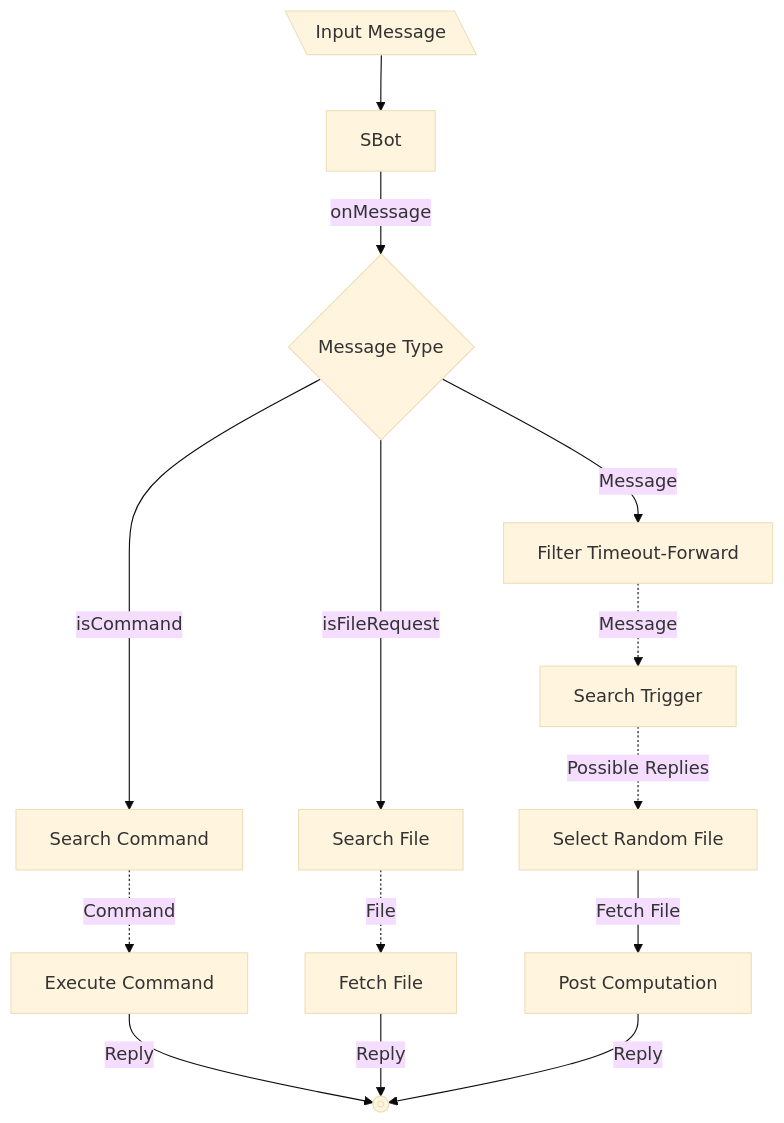
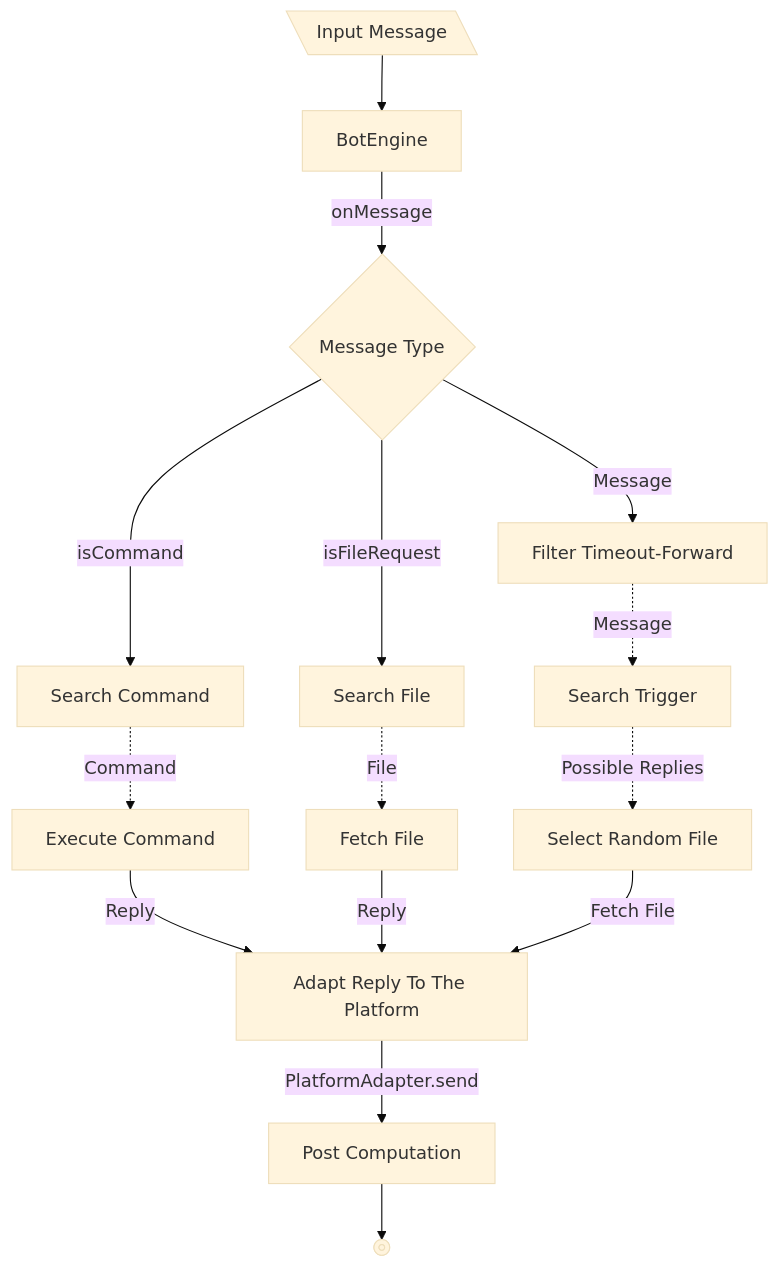
The diagram in modules/chatCore/README.org (benkio/sBots), drawn with Mermaid (base theme) before and after one commit. The commit also changed other lines of this file and 4 other files, not shown here.

First line of the commit message:
Docs refresh for the platform architecture

```diff
--- a/modules/chatCore/README.org
+++ b/modules/chatCore/README.org
@@ -9,19 +11,21 @@
 #+begin_src mermaid
   flowchart TD
-      A@{ shape: lean-l, label: "Input Message" } --> B[SBot]
+      A@{ shape: lean-l, label: "Input Message" } --> B[BotEngine]
       B -- onMessage --> C{Message Type}
 
       C -->|isCommand| D[Search Command]
       D -.->|Command| G[Execute Command]
-      G -->|Reply| Z@{ shape: framed-circle, label: "Stop" }
+      G -->|Reply| R[Adapt Reply To The Platform]
 
       C -->|isFileRequest| F[Search File]
       F -.->|File| H[Fetch File]
-      H -->|Reply| Z@{ shape: framed-circle, label: "Stop" }
+      H -->|Reply| R
 
       C -->|Message| P[Filter Timeout-Forward]
       P -.->|Message| E[Search Trigger]
       E -.->|Possible Replies| I[Select Random File]
-      I -->|Fetch File| M[Post Computation]
-      M -->|Reply| Z@{ shape: framed-circle, label: "Stop" }
+      I -->|Fetch File| R
+
+      R -->|PlatformAdapter.send| M[Post Computation]
+      M --> Z@{ shape: framed-circle, label: "Stop" }
 #+end_src
```
